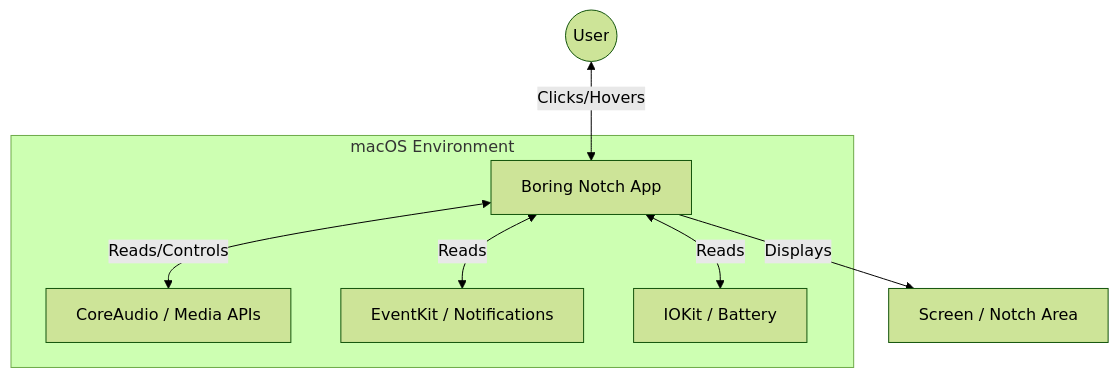
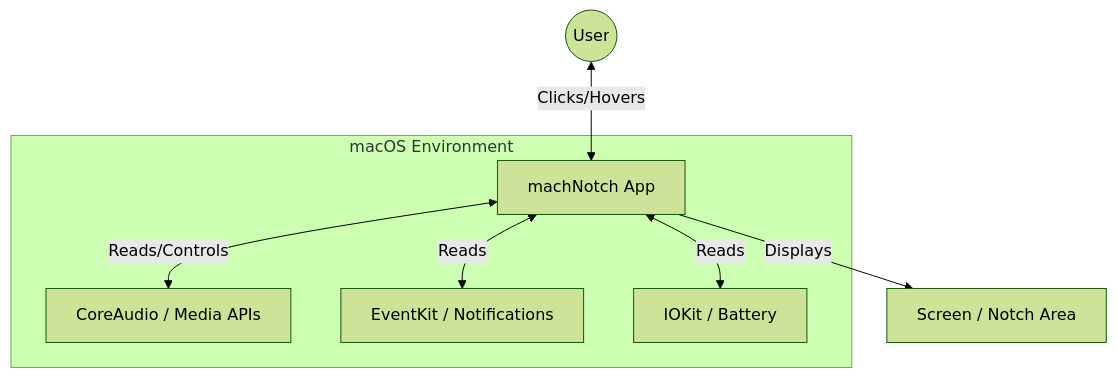
One commit to larsboes/mach-mono changed the first of 5 diagrams in docs/ARCHITECTURE.md. Above: the diagram before and after it, drawn with Mermaid (forest theme). The commit also changed other lines of this file and 327 other files, not shown here.

First line of the commit message:
refactor: complete class/file rename pass — Boring* → Mach*/Notch*

````diff
--- a/docs/ARCHITECTURE.md
+++ b/docs/ARCHITECTURE.md
@@ -13,19 +13,19 @@
 ```mermaid
 graph TD
     User((User))
     
     subgraph "macOS Environment"
         SystemAudio[CoreAudio / Media APIs]
         SystemEvents[EventKit / Notifications]
         IOKit[IOKit / Battery]
         
-        BN[Boring Notch App]
+        BN[machNotch App]
     end
     
     User <-->|Clicks/Hovers| BN
     BN <-->|Reads/Controls| SystemAudio
     BN <-->|Reads| SystemEvents
     BN <-->|Reads| IOKit
     
     BN -->|Displays| Screen[Screen / Notch Area]
 ```
````
